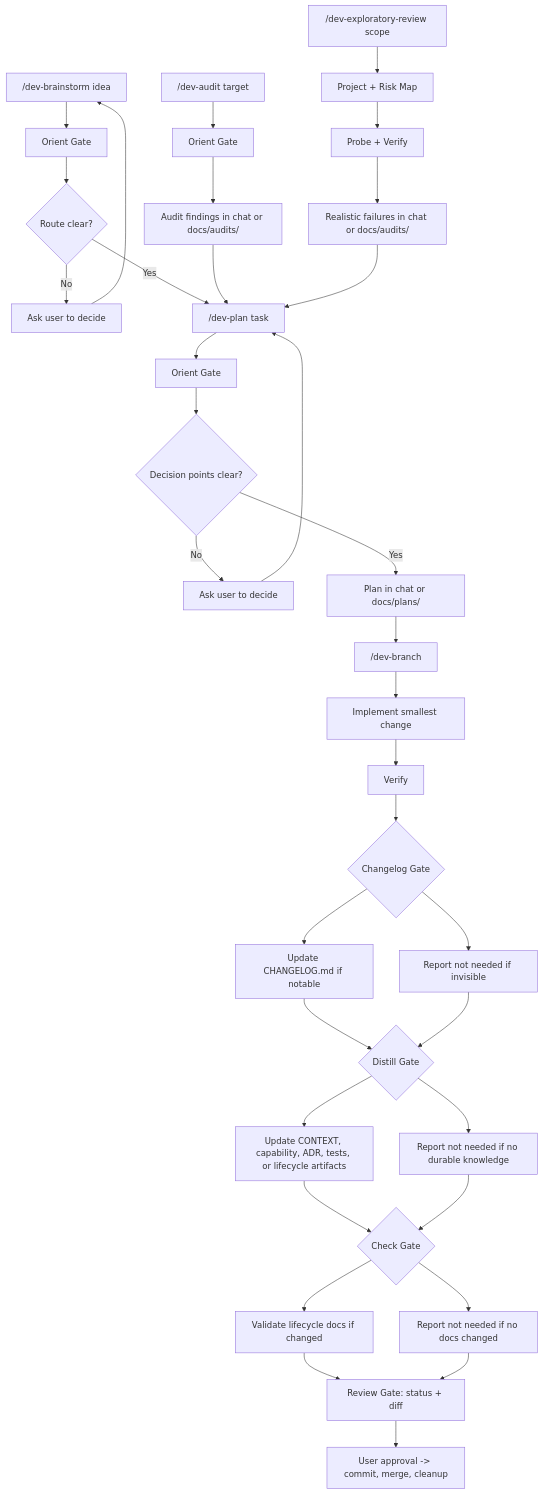
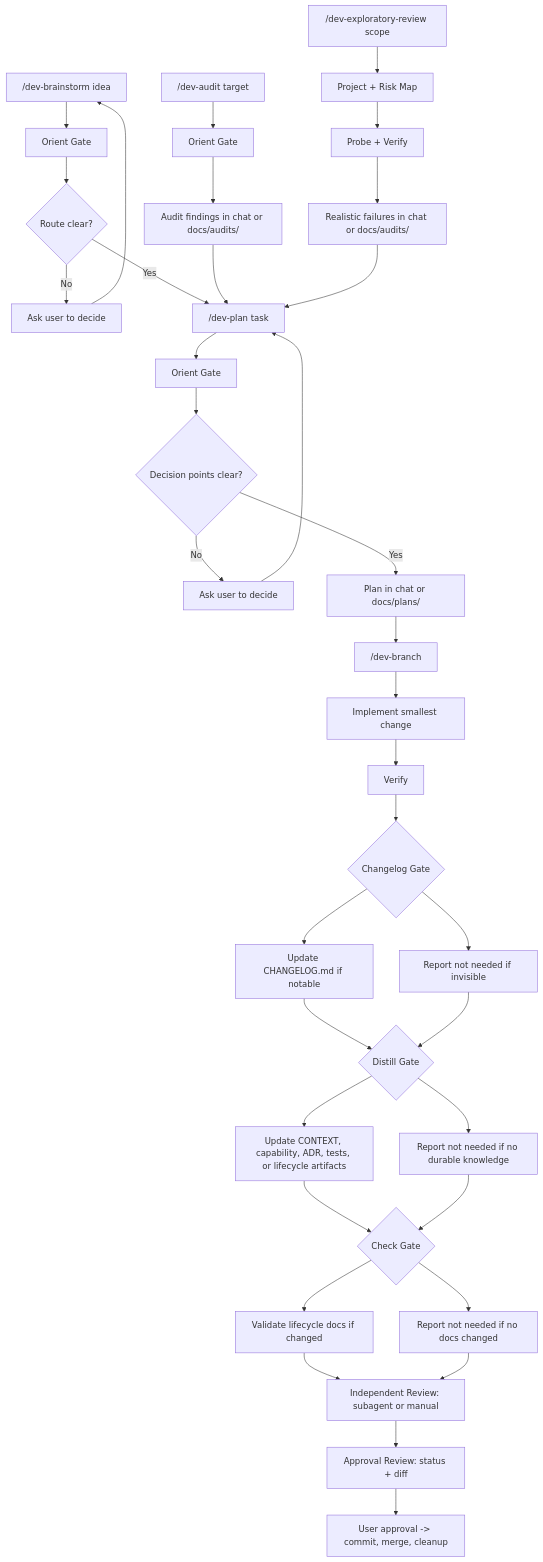
Before and after one commit to cuber-hyk/dev-flow: the diagram in README.md, drawn with Mermaid. The commit also changed other lines of this file and 16 other files, not shown here.

Commit message:
feat: add independent branch review gate

````diff
--- a/README.md
+++ b/README.md
@@ -95,41 +95,42 @@
 ```mermaid
 flowchart TD
   S["/dev-brainstorm idea"] --> SO["Orient Gate"]
   SO --> SD{"Route clear?"}
   SD -- "No" --> SQ["Ask user to decide"]
   SQ --> S
   SD -- "Yes" --> P
 
   P["/dev-plan task"] --> PO["Orient Gate"]
   PO --> PD{"Decision points clear?"}
   PD -- "No" --> U["Ask user to decide"]
   U --> P
   PD -- "Yes" --> PF["Plan in chat or docs/plans/"]
   PF --> B["/dev-branch"]
 
   A["/dev-audit target"] --> AO["Orient Gate"]
   AO --> AR["Audit findings in chat or docs/audits/"]
   AR --> P
 
   E["/dev-exploratory-review scope"] --> EM["Project + Risk Map"]
   EM --> EV["Probe + Verify"]
   EV --> ER["Realistic failures in chat or docs/audits/"]
   ER --> P
 
   B --> I["Implement smallest change"]
   I --> V["Verify"]
   V --> C{"Changelog Gate"}
   C --> CU["Update CHANGELOG.md if notable"]
   C --> CN["Report not needed if invisible"]
   CU --> D{"Distill Gate"}
   CN --> D
   D --> DU["Update CONTEXT, capability, ADR, tests, or lifecycle artifacts"]
   D --> DN["Report not needed if no durable knowledge"]
   DU --> K{"Check Gate"}
   DN --> K
   K --> KP["Validate lifecycle docs if changed"]
   K --> KN["Report not needed if no docs changed"]
-  KP --> R["Review Gate: status + diff"]
-  KN --> R
+  KP --> IR["Independent Review: subagent or manual"]
+  KN --> IR
+  IR --> R["Approval Review: status + diff"]
   R --> M["User approval -> commit, merge, cleanup"]
 ```
````
